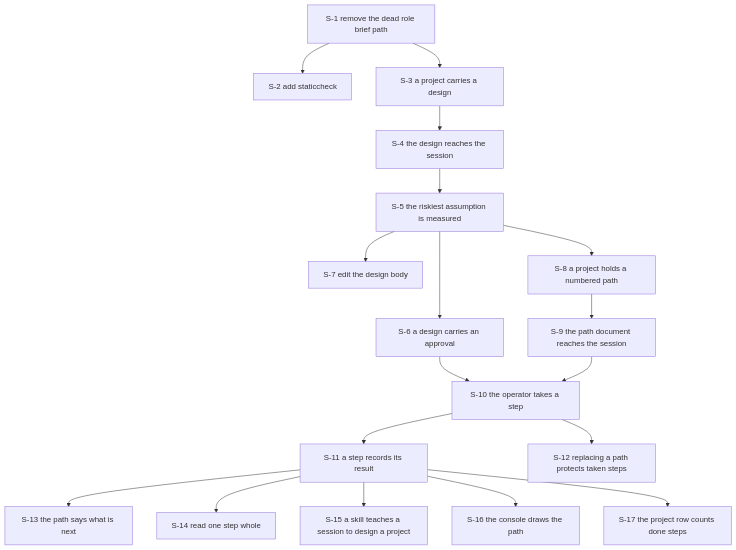
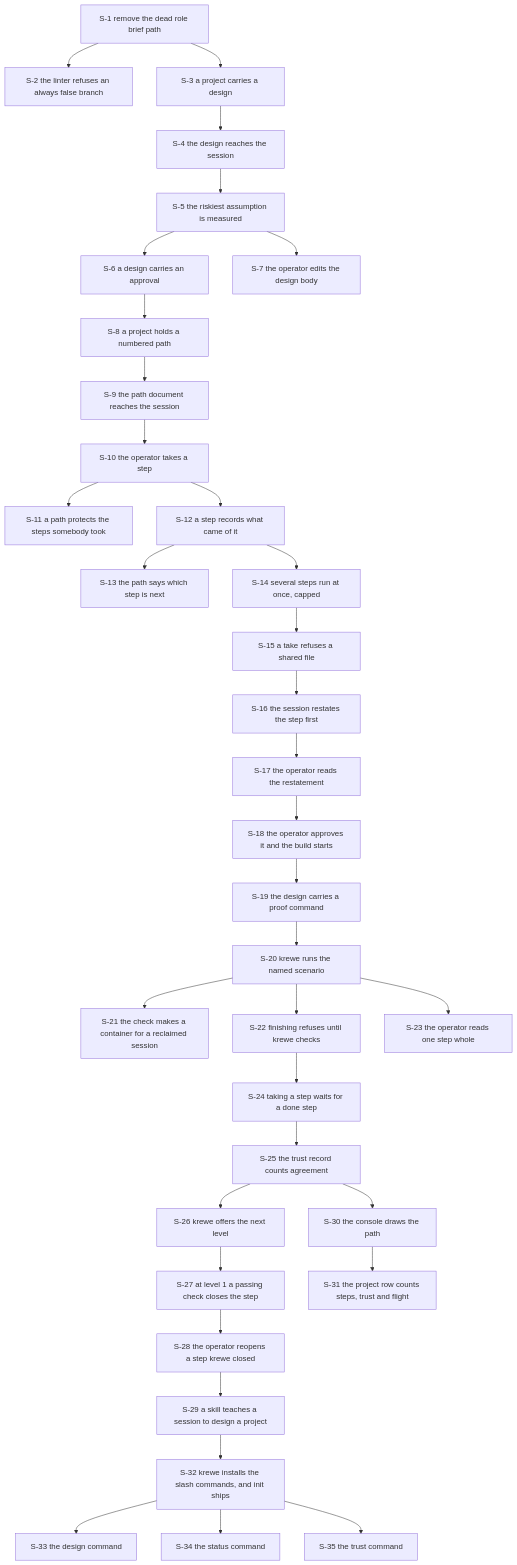
The diagram in .greenlight/CONTRACTS.md (atlantic-blue/quay-crew), drawn with Mermaid before and after one commit. The commit also changed other lines of this file and 6 other files, not shown here.

Commit message:
docs: revise the design after the trust, fan out and command decisions (#698)

````diff
--- a/.greenlight/CONTRACTS.md
+++ b/.greenlight/CONTRACTS.md
@@ -60,20 +126,37 @@
 ```mermaid
 flowchart TD
-  S1["S-1 remove the dead role brief path"] --> S2["S-2 add staticcheck"]
+  S1["S-1 remove the dead role brief path"] --> S2["S-2 the linter refuses an always false branch"]
   S1 --> S3["S-3 a project carries a design"]
   S3 --> S4["S-4 the design reaches the session"]
   S4 --> S5["S-5 the riskiest assumption is measured"]
   S5 --> S6["S-6 a design carries an approval"]
-  S5 --> S7["S-7 edit the design body"]
-  S5 --> S8["S-8 a project holds a numbered path"]
+  S5 --> S7["S-7 the operator edits the design body"]
+  S6 --> S8["S-8 a project holds a numbered path"]
   S8 --> S9["S-9 the path document reaches the session"]
-  S6 --> S10["S-10 the operator takes a step"]
-  S9 --> S10
-  S10 --> S11["S-11 a step records its result"]
-  S10 --> S12["S-12 replacing a path protects taken steps"]
-  S11 --> S13["S-13 the path says what is next"]
-  S11 --> S14["S-14 read one step whole"]
-  S11 --> S15["S-15 a skill teaches a session to design a project"]
-  S11 --> S16["S-16 the console draws the path"]
-  S11 --> S17["S-17 the project row counts done steps"]
+  S9 --> S10["S-10 the operator takes a step"]
+  S10 --> S11["S-11 a path protects the steps somebody took"]
+  S10 --> S12["S-12 a step records what came of it"]
+  S12 --> S13["S-13 the path says which step is next"]
+  S12 --> S14["S-14 several steps run at once, capped"]
+  S14 --> S15["S-15 a take refuses a shared file"]
+  S15 --> S16["S-16 the session restates the step first"]
+  S16 --> S17["S-17 the operator reads the restatement"]
+  S17 --> S18["S-18 the operator approves it and the build starts"]
+  S18 --> S19["S-19 the design carries a proof command"]
+  S19 --> S20["S-20 krewe runs the named scenario"]
+  S20 --> S21["S-21 the check makes a container for a reclaimed session"]
+  S20 --> S22["S-22 finishing refuses until krewe checks"]
+  S20 --> S23["S-23 the operator reads one step whole"]
+  S22 --> S24["S-24 taking a step waits for a done step"]
+  S24 --> S25["S-25 the trust record counts agreement"]
+  S25 --> S26["S-26 krewe offers the next level"]
+  S26 --> S27["S-27 at level 1 a passing check closes the step"]
+  S27 --> S28["S-28 the operator reopens a step krewe closed"]
+  S28 --> S29["S-29 a skill teaches a session to design a project"]
+  S25 --> S30["S-30 the console draws the path"]
+  S30 --> S31["S-31 the project row counts steps, trust and flight"]
+  S29 --> S32["S-32 krewe installs the slash commands, and init ships"]
+  S32 --> S33["S-33 the design command"]
+  S32 --> S34["S-34 the status command"]
+  S32 --> S35["S-35 the trust command"]
 ```
````
